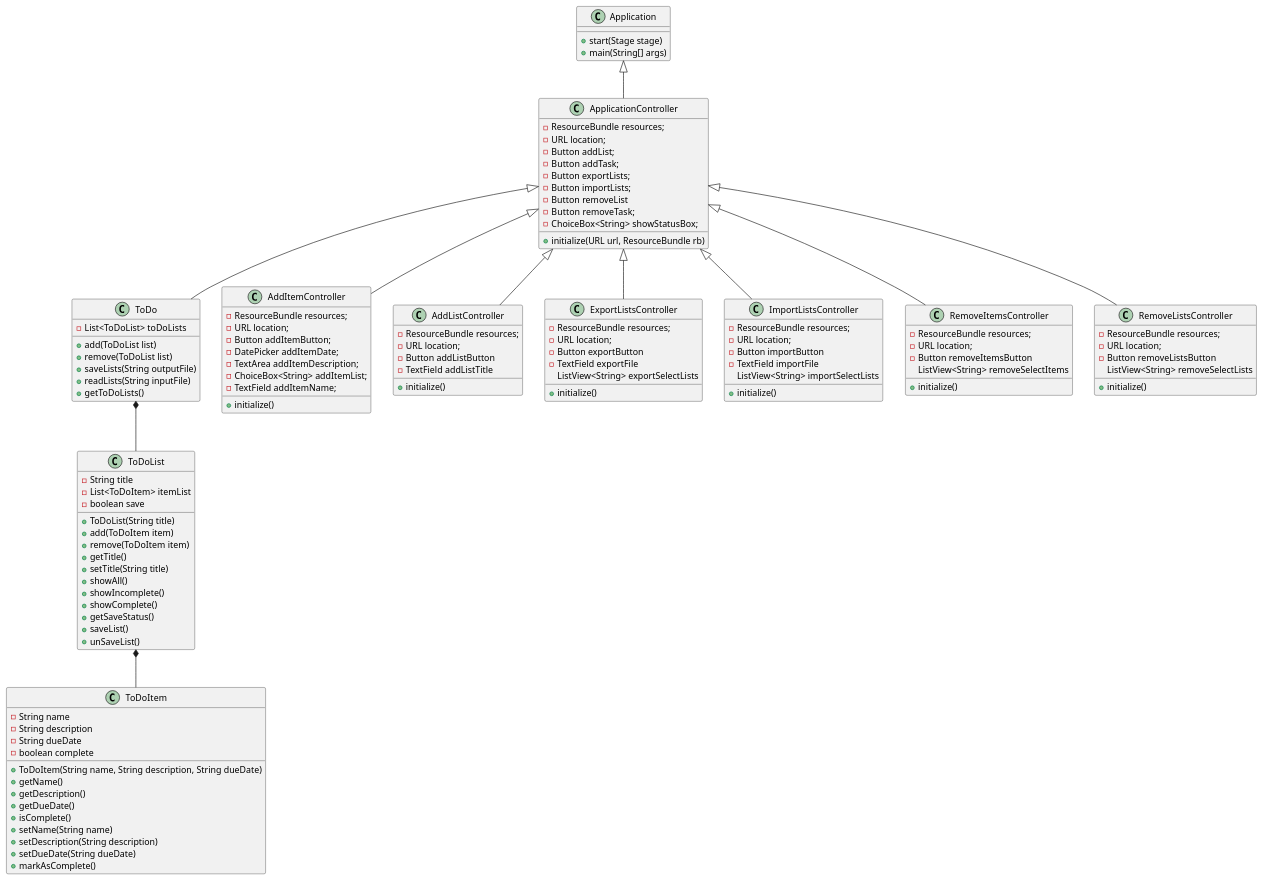
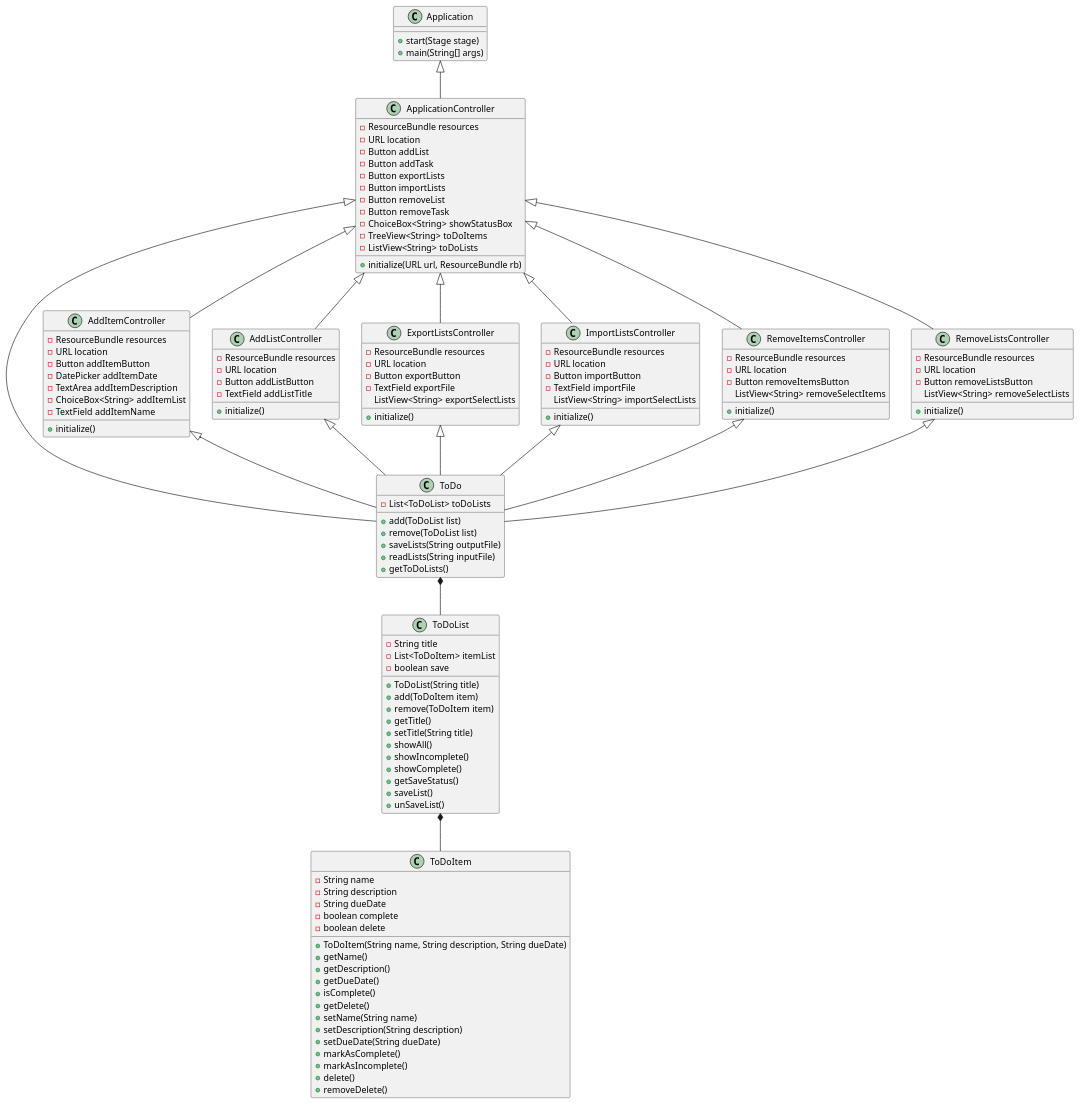
Before and after one commit to BlakeLoch/lochmandy-app1-design: the diagram in docs/ClassDiagram.puml, drawn with PlantUML. The commit also changed 11 other files, not shown here.

```diff
--- a/docs/ClassDiagram.puml
+++ b/docs/ClassDiagram.puml
@@ -1,136 +1,150 @@
 @startuml
 
 class Application {
 +start(Stage stage)
 +main(String[] args)
 }
 
 class ApplicationController {
--ResourceBundle resources;
--URL location;
--Button addList;
--Button addTask;
--Button exportLists;
--Button importLists;
+-ResourceBundle resources
+-URL location
+-Button addList
+-Button addTask
+-Button exportLists
+-Button importLists
 -Button removeList
--Button removeTask;
--ChoiceBox<String> showStatusBox;
+-Button removeTask
+-ChoiceBox<String> showStatusBox
+-TreeView<String> toDoItems
+-ListView<String> toDoLists
 
 +initialize(URL url, ResourceBundle rb)
 }
 
 class ToDo {
 -List<ToDoList> toDoLists
 
 +add(ToDoList list)
 +remove(ToDoList list)
 +saveLists(String outputFile)
 +readLists(String inputFile)
 +getToDoLists()
 }
 
 class ToDoList {
 -String title
 -List<ToDoItem> itemList
 -boolean save
 
 +ToDoList(String title)
 +add(ToDoItem item)
 +remove(ToDoItem item)
 +getTitle()
 +setTitle(String title)
 +showAll()
 +showIncomplete()
 +showComplete()
 +getSaveStatus()
 +saveList()
 +unSaveList()
 }
 
 class ToDoItem {
 -String name
 -String description
 -String dueDate
 -boolean complete
+-boolean delete
 
 +ToDoItem(String name, String description, String dueDate)
 +getName()
 +getDescription()
 +getDueDate()
 +isComplete()
++getDelete()
 +setName(String name)
 +setDescription(String description)
 +setDueDate(String dueDate)
 +markAsComplete()
++markAsIncomplete()
++delete()
++removeDelete()
 }
 
 class AddItemController {
--ResourceBundle resources;
--URL location;
--Button addItemButton;
--DatePicker addItemDate;
--TextArea addItemDescription;
--ChoiceBox<String> addItemList;
--TextField addItemName;
+-ResourceBundle resources
+-URL location
+-Button addItemButton
+-DatePicker addItemDate
+-TextArea addItemDescription
+-ChoiceBox<String> addItemList
+-TextField addItemName
 +initialize()
 }
 
 class AddListController {
--ResourceBundle resources;
--URL location;
+-ResourceBundle resources
+-URL location
 -Button addListButton
 -TextField addListTitle
 +initialize()
 }
 
 class ExportListsController {
--ResourceBundle resources;
--URL location;
+-ResourceBundle resources
+-URL location
 -Button exportButton
 -TextField exportFile
 ListView<String> exportSelectLists
 +initialize()
 }
 
 class ImportListsController {
--ResourceBundle resources;
--URL location;
+-ResourceBundle resources
+-URL location
 -Button importButton
 -TextField importFile
 ListView<String> importSelectLists
 +initialize()
 }
 
 class RemoveItemsController {
--ResourceBundle resources;
--URL location;
+-ResourceBundle resources
+-URL location
 -Button removeItemsButton
 ListView<String> removeSelectItems
 +initialize()
 }
 
 class RemoveListsController {
--ResourceBundle resources;
--URL location;
+-ResourceBundle resources
+-URL location
 -Button removeListsButton
 ListView<String> removeSelectLists
 +initialize()
 }
 
 Application <|-- ApplicationController
 ApplicationController <|-- ToDo
 ApplicationController <|-- AddItemController
 ApplicationController <|-- AddListController
 ApplicationController <|-- ExportListsController
 ApplicationController <|-- ImportListsController
 ApplicationController <|-- RemoveItemsController
 ApplicationController <|-- RemoveListsController
 
+AddItemController <|-- ToDo
+AddListController <|-- ToDo
+ExportListsController <|-- ToDo
+ImportListsController <|-- ToDo
+RemoveItemsController <|-- ToDo
+RemoveListsController <|-- ToDo
+
 
 ToDo *-- ToDoList
 ToDoList *-- ToDoItem
 
 
 
 
 @enduml
```
